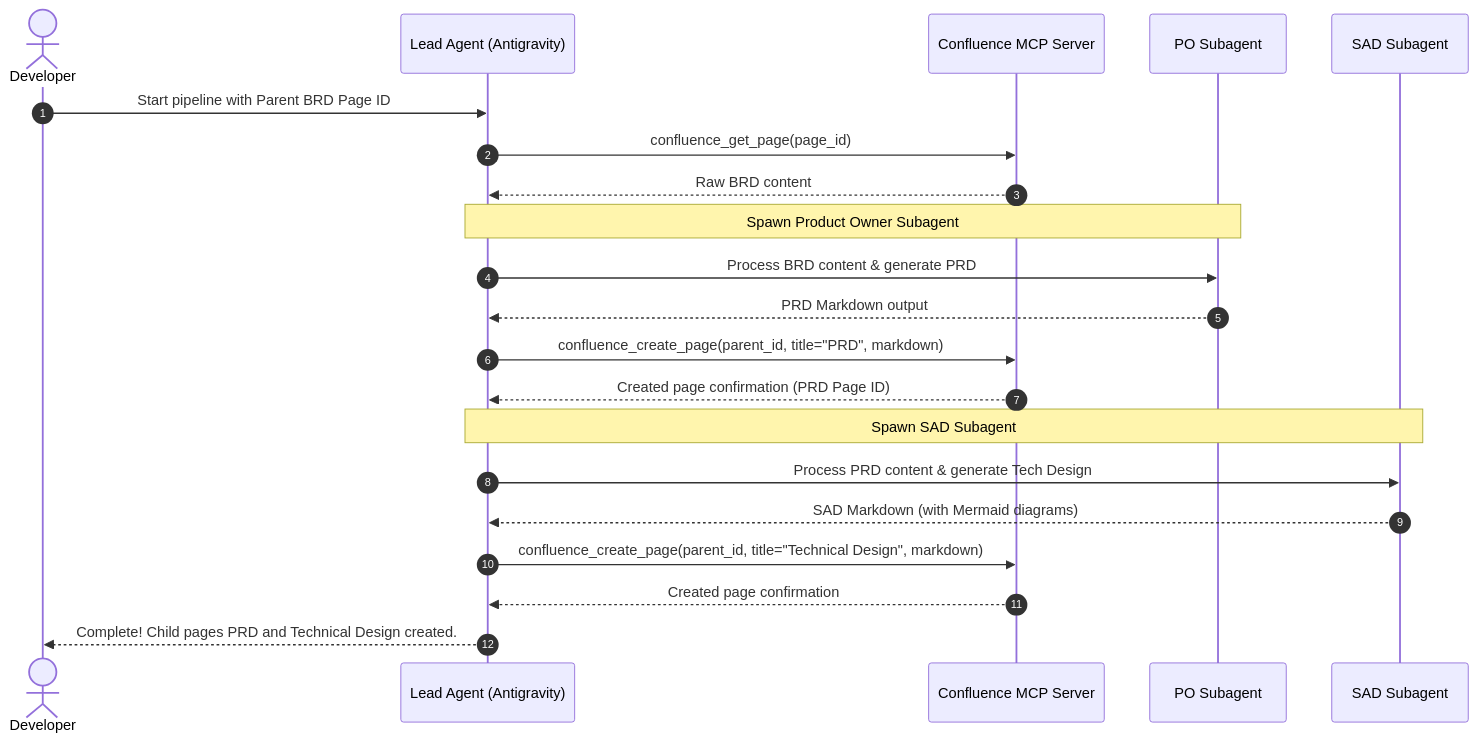
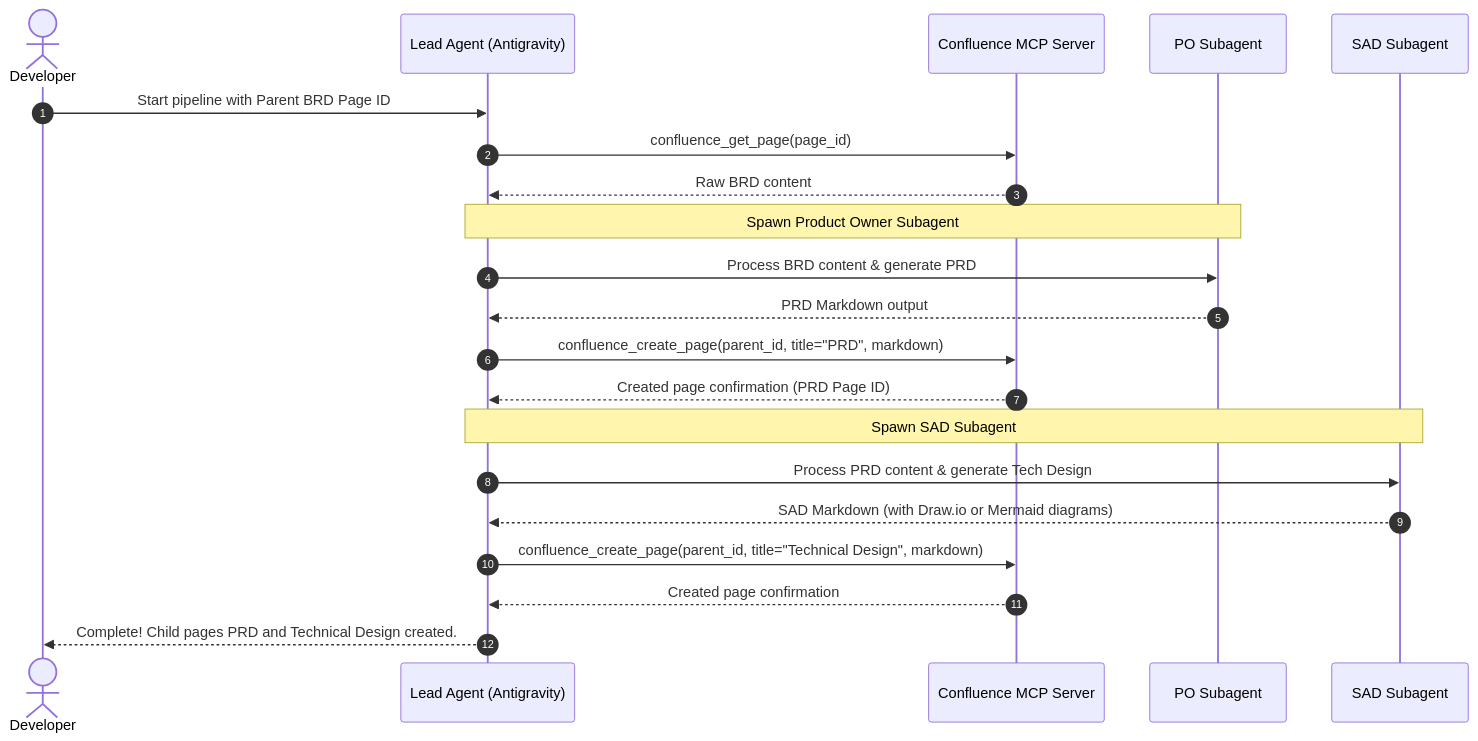
The diagram in README.md (jiwokristi/confluence-mcp-orchestrator), drawn with Mermaid before and after one commit. The commit also changed other lines of this file and 362 other files, not shown here.

````diff
--- a/README.md
+++ b/README.md
@@ -13,29 +13,29 @@
 ```mermaid
 sequenceDiagram
     autonumber
     actor Developer
     participant Antigravity as Lead Agent (Antigravity)
     participant ConfluenceMCP as Confluence MCP Server
     participant PO_Agent as PO Subagent
     participant SAD_Agent as SAD Subagent
 
     Developer->>Antigravity: Start pipeline with Parent BRD Page ID
     Antigravity->>ConfluenceMCP: confluence_get_page(page_id)
     ConfluenceMCP-->>Antigravity: Raw BRD content
     
     Note over Antigravity, PO_Agent: Spawn Product Owner Subagent
     Antigravity->>PO_Agent: Process BRD content & generate PRD
     PO_Agent-->>Antigravity: PRD Markdown output
     
     Antigravity->>ConfluenceMCP: confluence_create_page(parent_id, title="PRD", markdown)
     ConfluenceMCP-->>Antigravity: Created page confirmation (PRD Page ID)
     
     Note over Antigravity, SAD_Agent: Spawn SAD Subagent
     Antigravity->>SAD_Agent: Process PRD content & generate Tech Design
-    SAD_Agent-->>Antigravity: SAD Markdown (with Mermaid diagrams)
+    SAD_Agent-->>Antigravity: SAD Markdown (with Draw.io or Mermaid diagrams)
     
     Antigravity->>ConfluenceMCP: confluence_create_page(parent_id, title="Technical Design", markdown)
     ConfluenceMCP-->>Antigravity: Created page confirmation
     
     Antigravity-->>Developer: Complete! Child pages PRD and Technical Design created.
 ```
````
